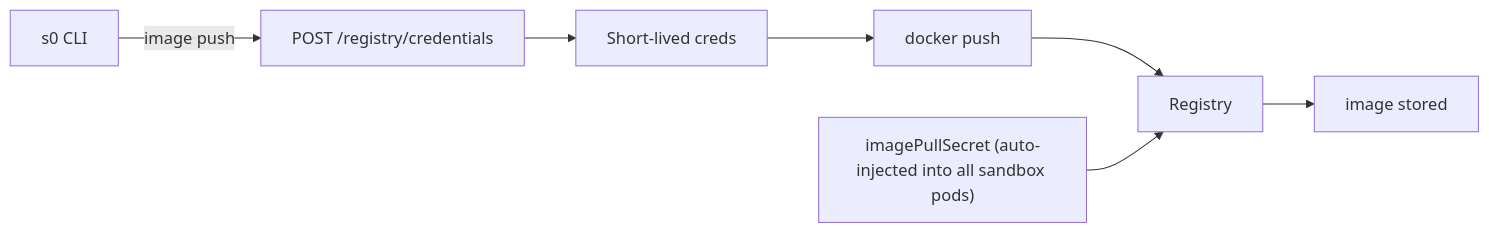
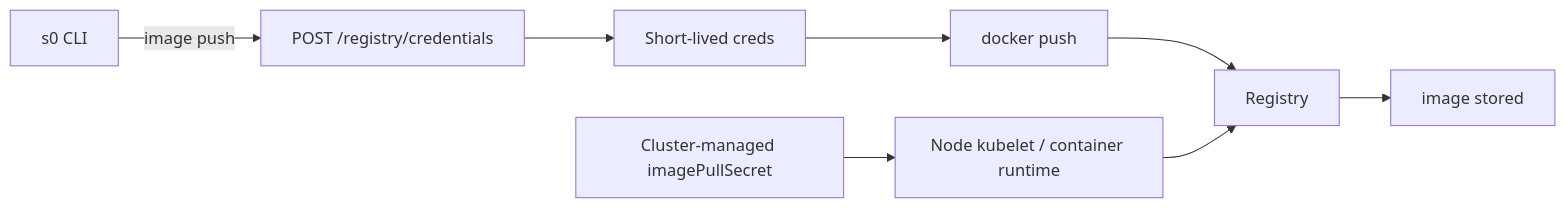
The diagram in docs/template/images/page.mdx (sandbox0-ai/sandbox0), drawn with Mermaid before and after one commit. The commit also changed other lines of this file and 18 other files, not shown here.

````diff
--- a/docs/template/images/page.mdx
+++ b/docs/template/images/page.mdx
@@ -218,17 +234,19 @@
 ```mermaid
 flowchart LR
     cli["s0 CLI"]
     api["POST /registry/credentials"]
     creds["Short-lived creds"]
     docker["docker push"]
     registry["Registry"]
-    secret["imagePullSecret (auto-injected into all sandbox pods)"]
+    secret["Cluster-managed imagePullSecret"]
+    kubelet["Node kubelet / container runtime"]
     stored["image stored"]
 
     cli -->|"image push"| api
     api --> creds
     creds --> docker
     docker --> registry
-    secret --> registry
+    secret --> kubelet
+    kubelet --> registry
     registry --> stored
 ```
````
